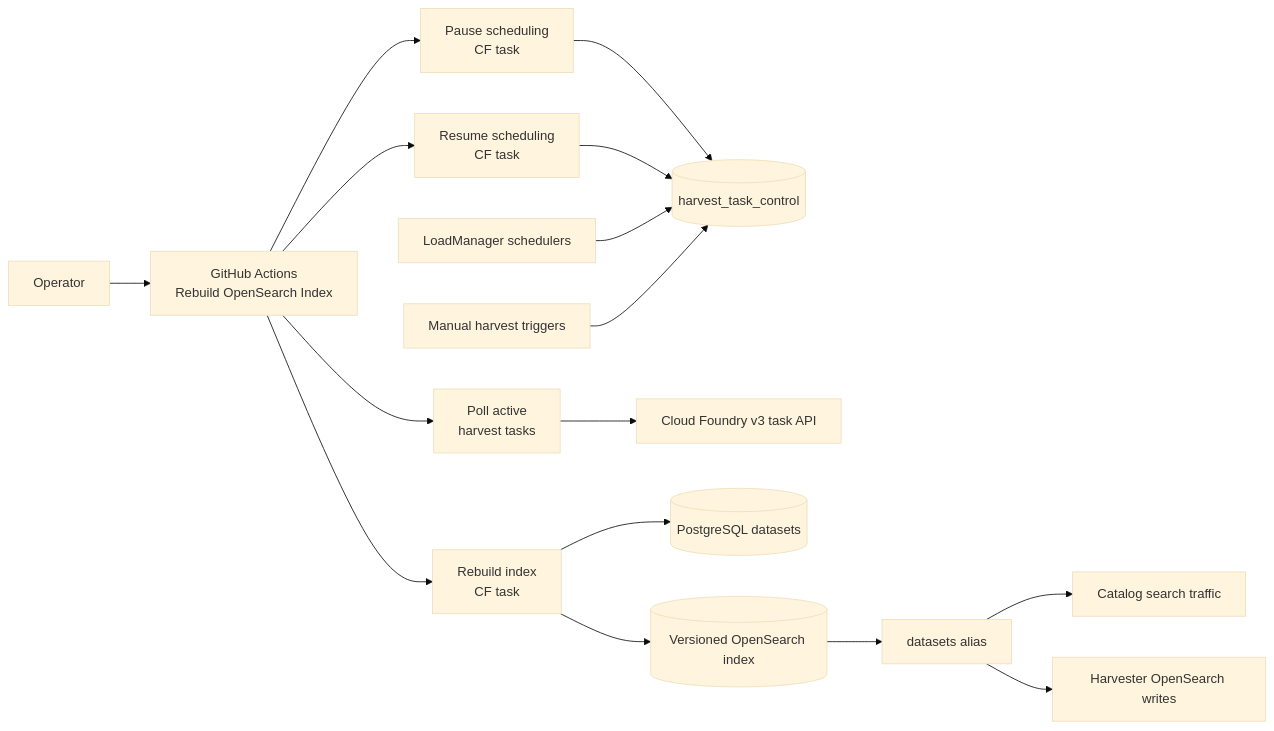
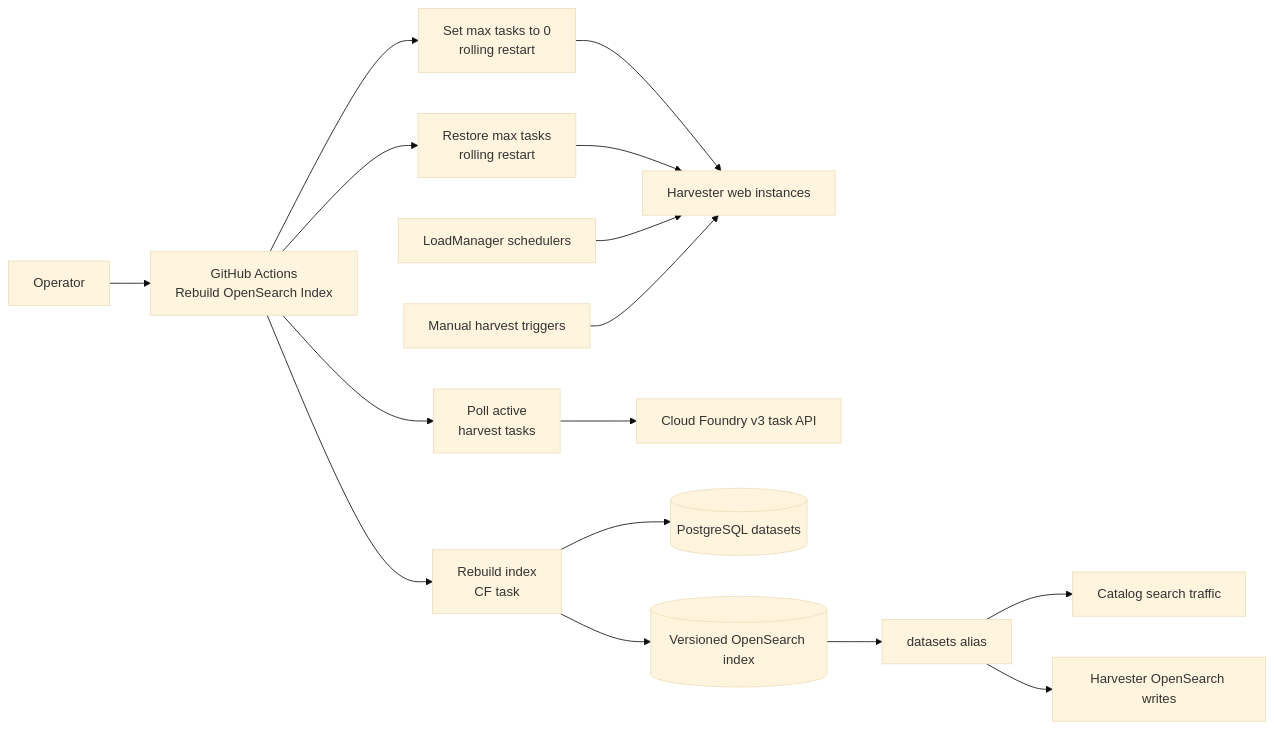
Before and after one commit to GSA/datagov-harvester: the first of 4 diagrams in docs/opensearch-index-rebuild.md, drawn with Mermaid (base theme). The commit also changed other lines of this file and 20 other files, not shown here.

````diff
--- a/docs/opensearch-index-rebuild.md
+++ b/docs/opensearch-index-rebuild.md
@@ -21,21 +21,21 @@
 ```mermaid
 flowchart LR
     Operator[Operator] --> GHA[GitHub Actions<br>Rebuild OpenSearch Index]
 
-    GHA --> Pause[Pause scheduling<br>CF task]
+    GHA --> Pause[Set max tasks to 0<br>rolling restart]
     GHA --> Drain[Poll active<br>harvest tasks]
     GHA --> Rebuild[Rebuild index<br>CF task]
-    GHA --> Resume[Resume scheduling<br>CF task]
+    GHA --> Resume[Restore max tasks<br>rolling restart]
 
-    Pause --> Control[(harvest_task_control)]
-    Resume --> Control
-    Scheduler[LoadManager schedulers] --> Control
-    Manual[Manual harvest triggers] --> Control
+    Pause --> App[Harvester web instances]
+    Resume --> App
+    Scheduler[LoadManager schedulers] --> App
+    Manual[Manual harvest triggers] --> App
 
     Drain --> CFAPI[Cloud Foundry v3 task API]
     Rebuild --> PG[(PostgreSQL datasets)]
     Rebuild --> Candidate[(Versioned OpenSearch index)]
     Candidate --> Alias[datasets alias]
     Alias --> Catalog[Catalog search traffic]
     Alias --> Harvester[Harvester OpenSearch writes]
 ```
````
